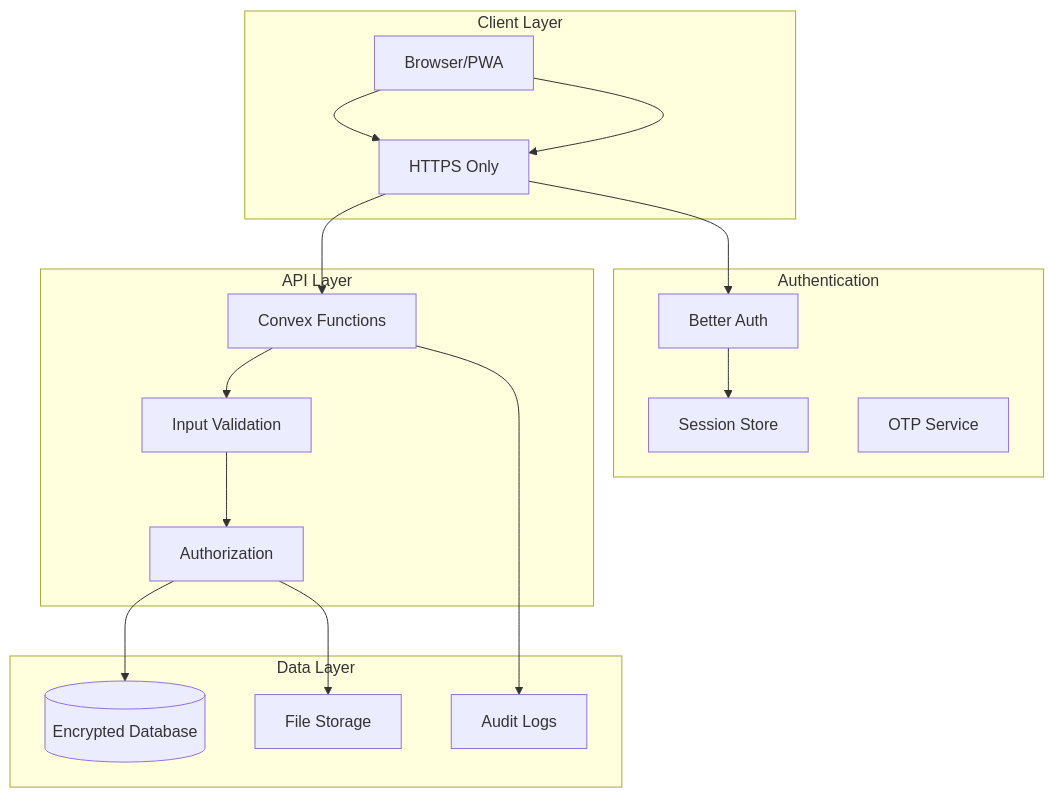
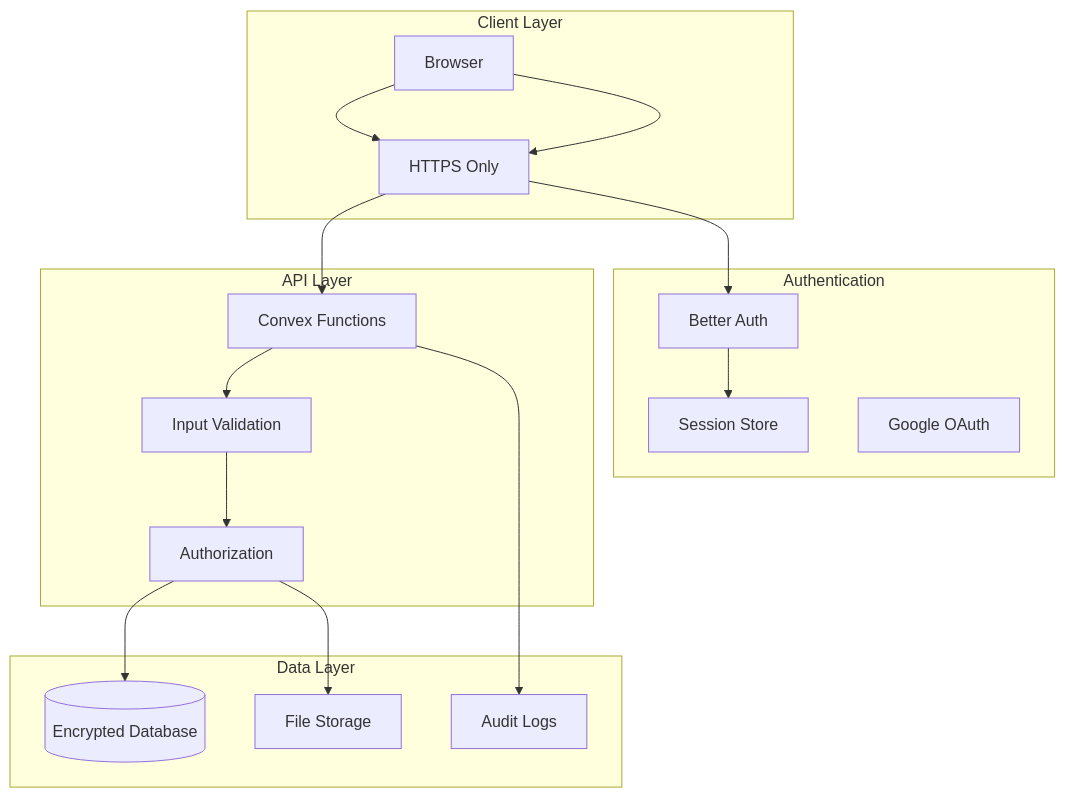
One commit to UnderprotectionDev/salon-management-saas changed the first of 3 diagrams in docs/prd/04-technical/security.md. Above: the diagram before and after it, drawn with Mermaid. The commit also changed other lines of this file and 57 other files, not shown here.

````diff
--- a/docs/prd/04-technical/security.md
+++ b/docs/prd/04-technical/security.md
@@ -15,33 +15,33 @@
 ```mermaid
 flowchart TB
     subgraph Client["Client Layer"]
-        Browser[Browser/PWA]
+        Browser[Browser]
         HTTPS[HTTPS Only]
     end
 
     subgraph Auth["Authentication"]
         BetterAuth[Better Auth]
         Sessions[Session Store]
-        OTP[OTP Service]
+        Google[Google OAuth]
     end
 
     subgraph API["API Layer"]
         Convex[Convex Functions]
         Validation[Input Validation]
         AuthZ[Authorization]
     end
 
     subgraph Data["Data Layer"]
         DB[(Encrypted Database)]
         Storage[File Storage]
         Logs[Audit Logs]
     end
 
     Browser --> HTTPS --> BetterAuth
     BetterAuth --> Sessions
     Browser --> HTTPS --> Convex
     Convex --> Validation --> AuthZ
     AuthZ --> DB
     AuthZ --> Storage
     Convex --> Logs
 ```
````
